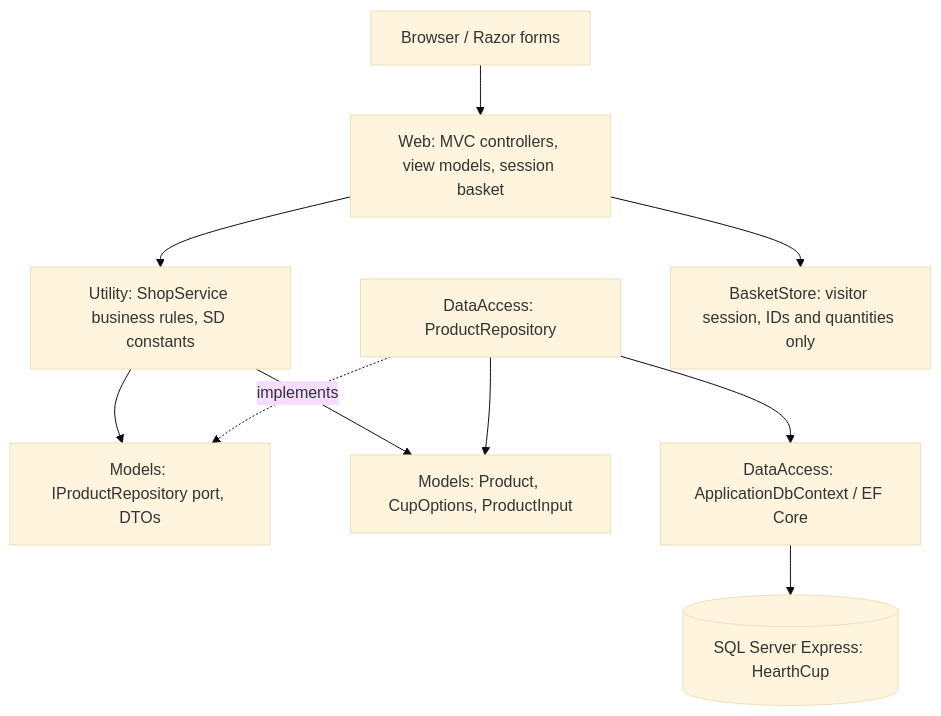
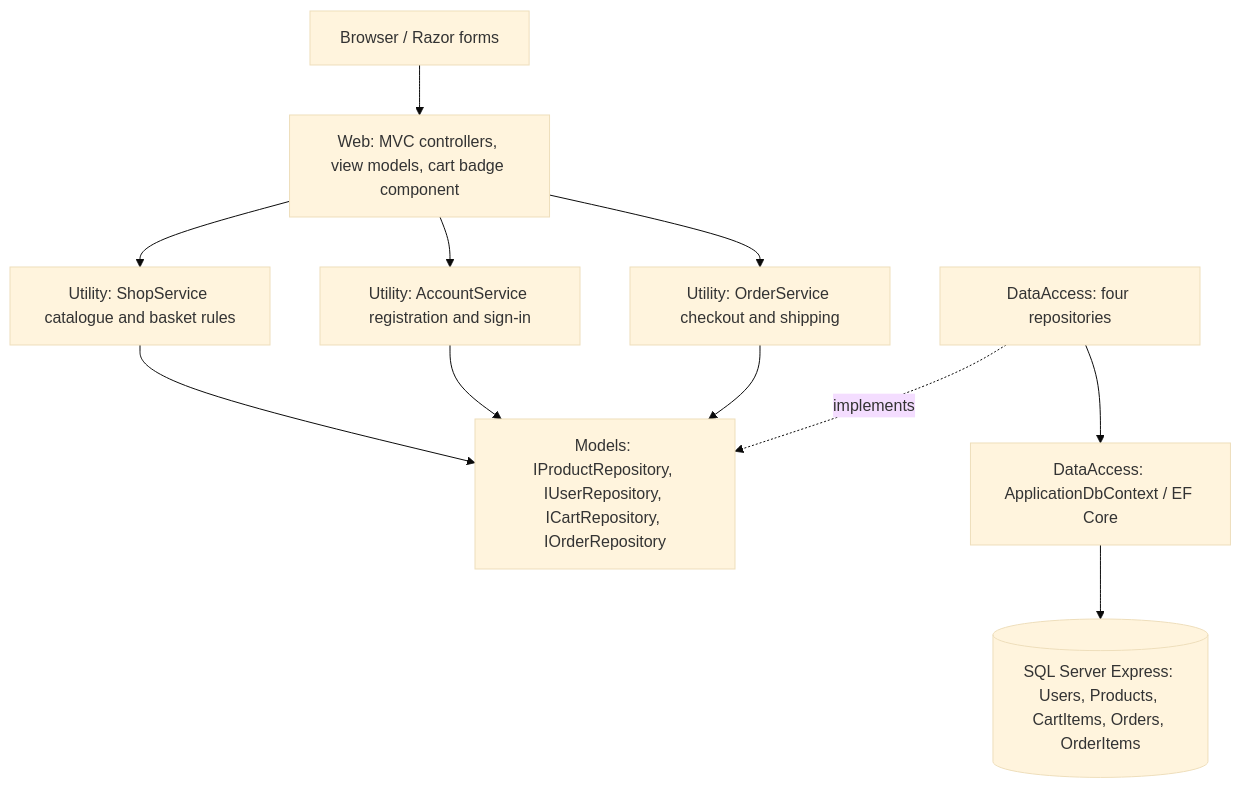
Before and after one commit to ztm667-667/CUP: the diagram in docs/assessment-map.md, drawn with Mermaid (base theme). The commit also changed other lines of this file and 57 other files, not shown here.

````diff
--- a/docs/assessment-map.md
+++ b/docs/assessment-map.md
@@ -15,12 +17,13 @@
 ```mermaid
 flowchart TD
- Browser[Browser / Razor forms] --> Web[Web: MVC controllers, view models, session basket]
- Web --> Svc[Utility: ShopService business rules, SD constants]
- Svc --> Port[Models: IProductRepository port, DTOs]
- Repo[DataAccess: ProductRepository] -. implements .-> Port
- Svc --> Contract[Models: Product, CupOptions, ProductInput]
- Repo --> Contract
+ Browser[Browser / Razor forms] --> Web[Web: MVC controllers, view models, cart badge component]
+ Web --> Shop[Utility: ShopService catalogue and basket rules]
+ Web --> Acct[Utility: AccountService registration and sign-in]
+ Web --> Ord[Utility: OrderService checkout and shipping]
+ Shop --> Ports[Models: IProductRepository, IUserRepository, ICartRepository, IOrderRepository]
+ Acct --> Ports
+ Ord --> Ports
+ Repo[DataAccess: four repositories] -. implements .-> Ports
  Repo --> EF[DataAccess: ApplicationDbContext / EF Core]
- EF --> DB[(SQL Server Express: HearthCup)]
- Web --> Session[BasketStore: visitor session, IDs and quantities only]
+ EF --> DB[(SQL Server Express: Users, Products, CartItems, Orders, OrderItems)]
 ```
````
